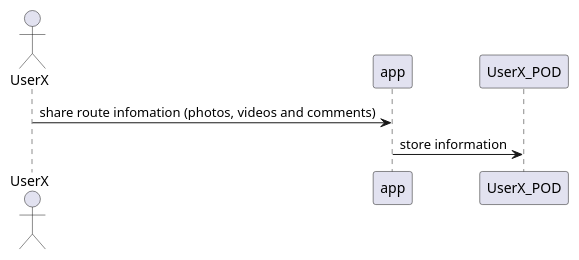
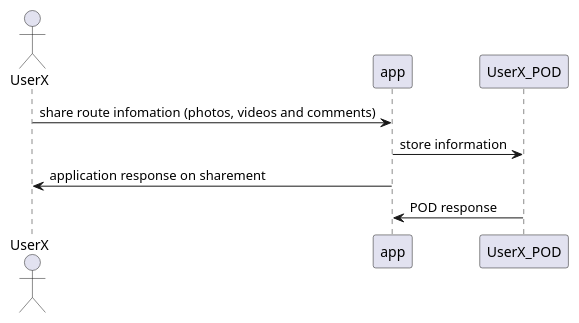
The first of 2 diagrams in src/docs/06_runtime_view.adoc (Arquisoft/viade_es2a), drawn with PlantUML before and after one commit.

Commit message:
Arreglo punto 6

```diff
--- a/src/docs/06_runtime_view.adoc
+++ b/src/docs/06_runtime_view.adoc
@@ -10,8 +10,10 @@
 [plantuml,"Sequence diagram",png]
 ----
 actor UserX
 participant app
 participant UserX_POD
 UserX -> app: share route infomation (photos, videos and comments)
 app -> UserX_POD: store information
+app -> UserX: application response on sharement
+UserX_POD -> app: POD response
 ----
```
